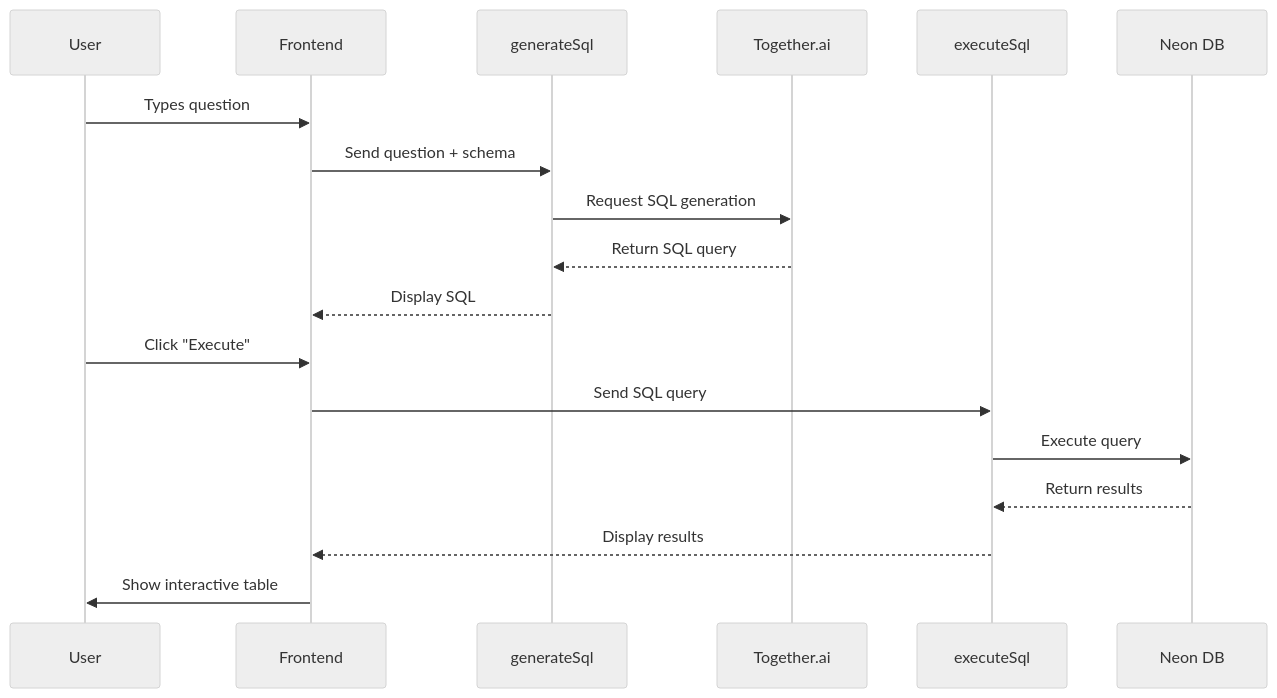
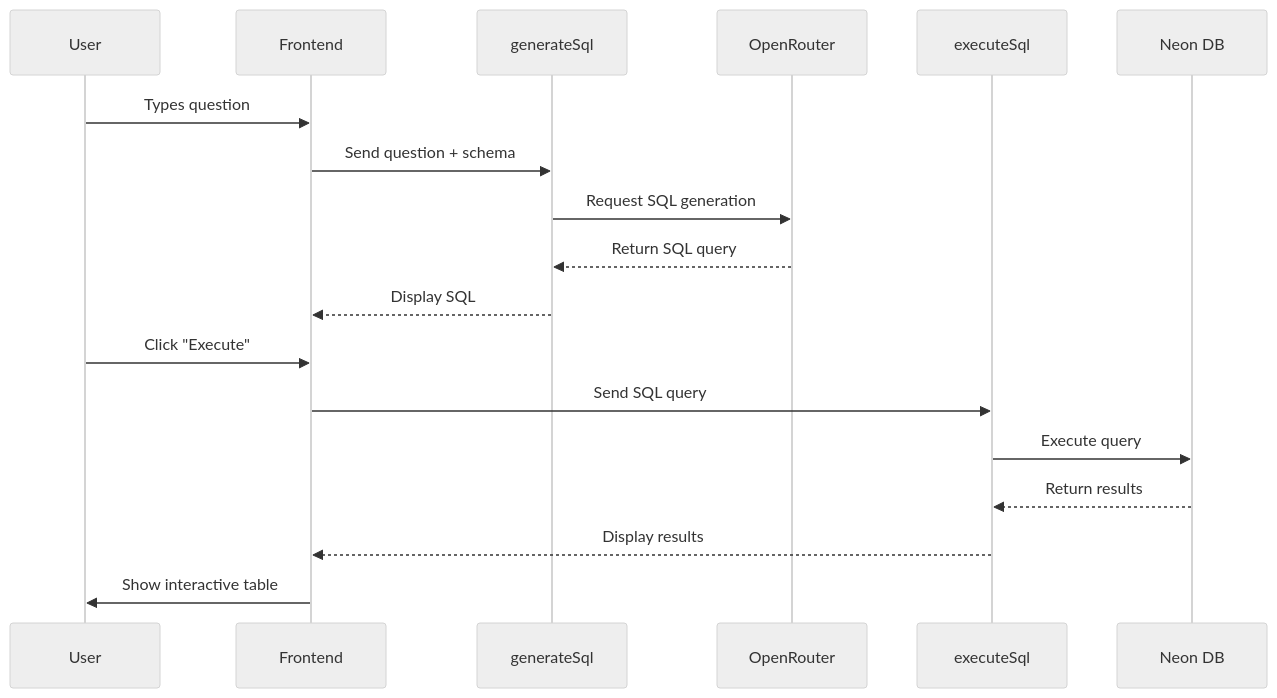
The second of 2 diagrams in README.md (fdemirciler/natural_language_to_sql_query_generator), drawn with Mermaid (neutral theme) before and after one commit. The commit also changed other lines of this file and 2 other files, not shown here.

````diff
--- a/README.md
+++ b/README.md
@@ -103,21 +103,21 @@
 ```mermaid
 sequenceDiagram
     participant User
     participant Frontend
     participant generateSql
-    participant Together.ai
+    participant OpenRouter
     participant executeSql
     participant Neon DB
     
     User->>Frontend: Types question
     Frontend->>generateSql: Send question + schema
-    generateSql->>Together.ai: Request SQL generation
-    Together.ai-->>generateSql: Return SQL query
+    generateSql->>OpenRouter: Request SQL generation
+    OpenRouter-->>generateSql: Return SQL query
     generateSql-->>Frontend: Display SQL
     User->>Frontend: Click "Execute"
     Frontend->>executeSql: Send SQL query
     executeSql->>Neon DB: Execute query
     Neon DB-->>executeSql: Return results
     executeSql-->>Frontend: Display results
     Frontend->>User: Show interactive table
 ```
````
